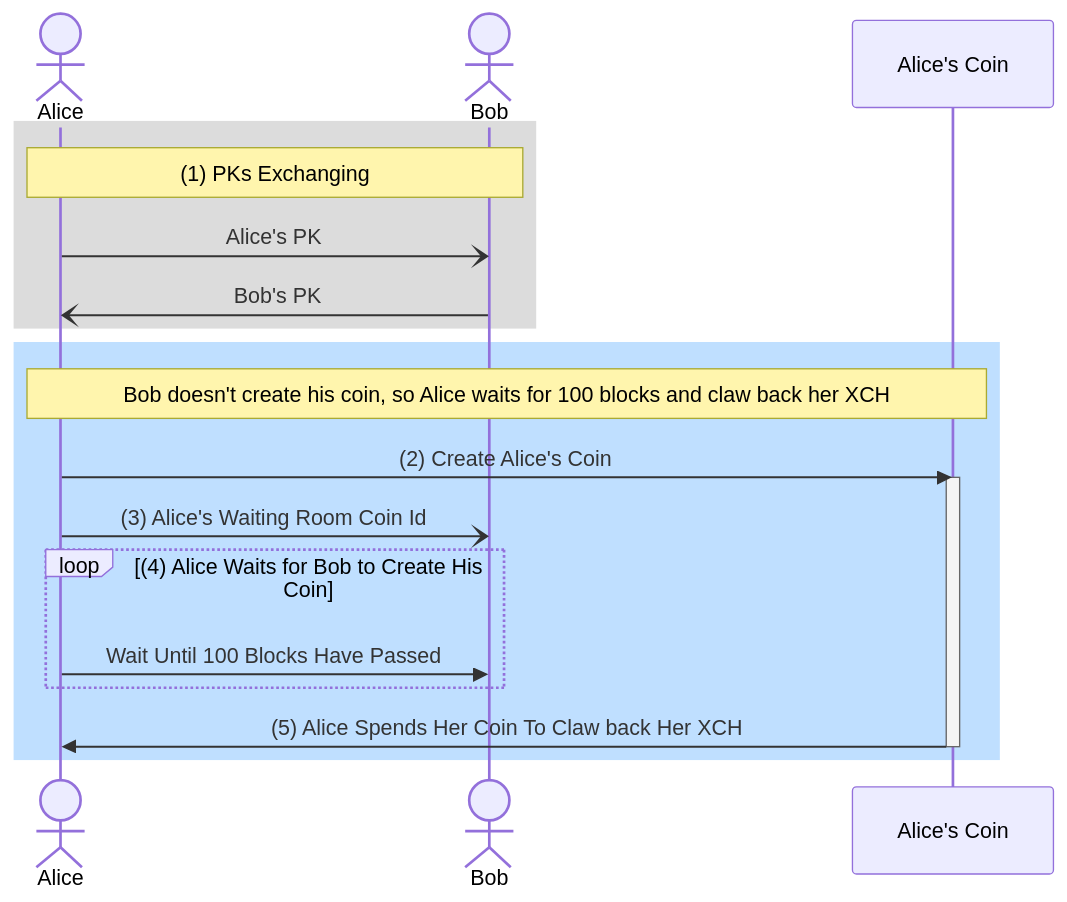
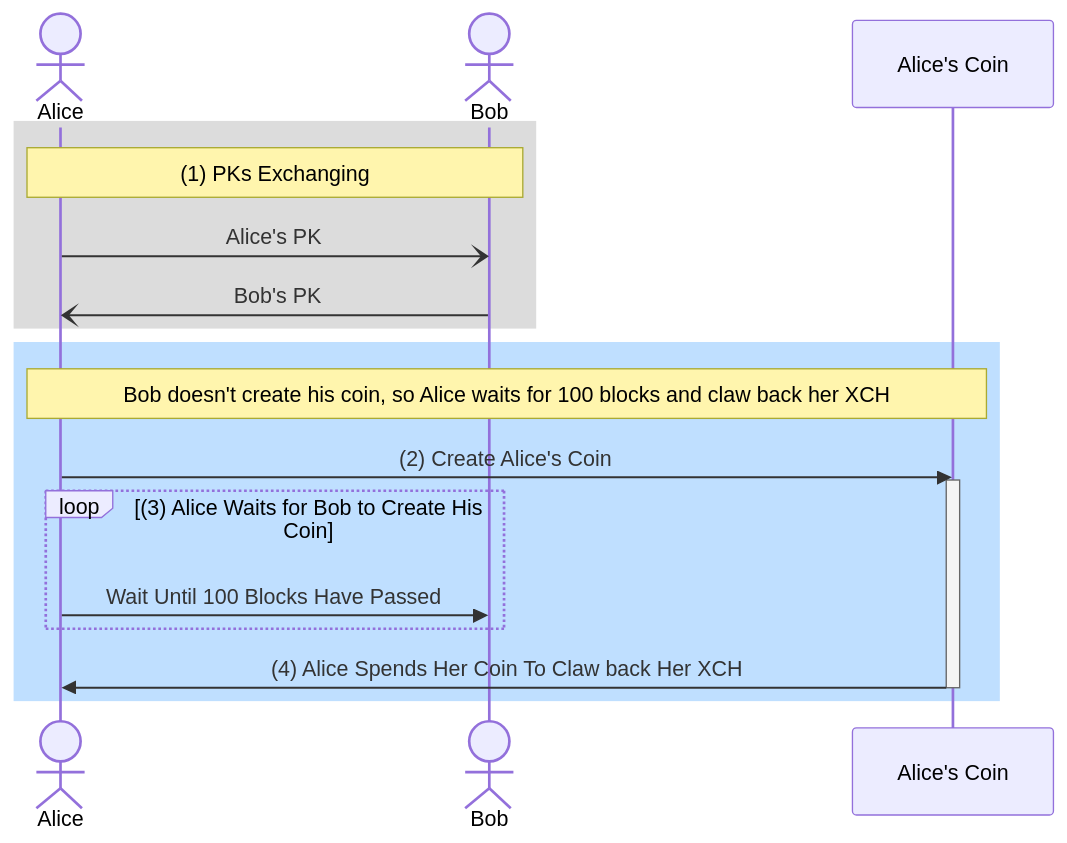
The second of 3 diagrams in README.md (kimsk/chia-tic-tac-toe), drawn with Mermaid before and after one commit. The commit also changed other lines of this file and 6 other files, not shown here.

Commit message:
Waiting Room Puzzle -- v4 -- ASSERT_PUZZLE_ANNOUNCEMENT

````diff
--- a/README.md
+++ b/README.md
@@ -99,24 +97,23 @@
 ```mermaid
 sequenceDiagram;
     actor A as Alice;
     actor B as Bob;
     participant a as Alice's Coin;
 
     rect rgb(220, 220, 220);
     note over A,B: (1) PKs Exchanging;
     A-)B: Alice's PK;
     B-)A: Bob's PK;
     end;
 
     rect rgb(191, 223, 255);
     note over A,a: Bob doesn't create his coin, so Alice waits for 100 blocks and claw back her XCH
     A->>a: (2) Create Alice's Coin;
     activate a
-    A-)B: (3) Alice's Waiting Room Coin Id;
-    loop (4) Alice Waits for Bob to Create His Coin
+    loop (3) Alice Waits for Bob to Create His Coin
         A->>B: Wait Until 100 Blocks Have Passed;
     end
-    a->>A: (5) Alice Spends Her Coin To Claw back Her XCH;
+    a->>A: (4) Alice Spends Her Coin To Claw back Her XCH;
     deactivate a
     end;
 ```
````
